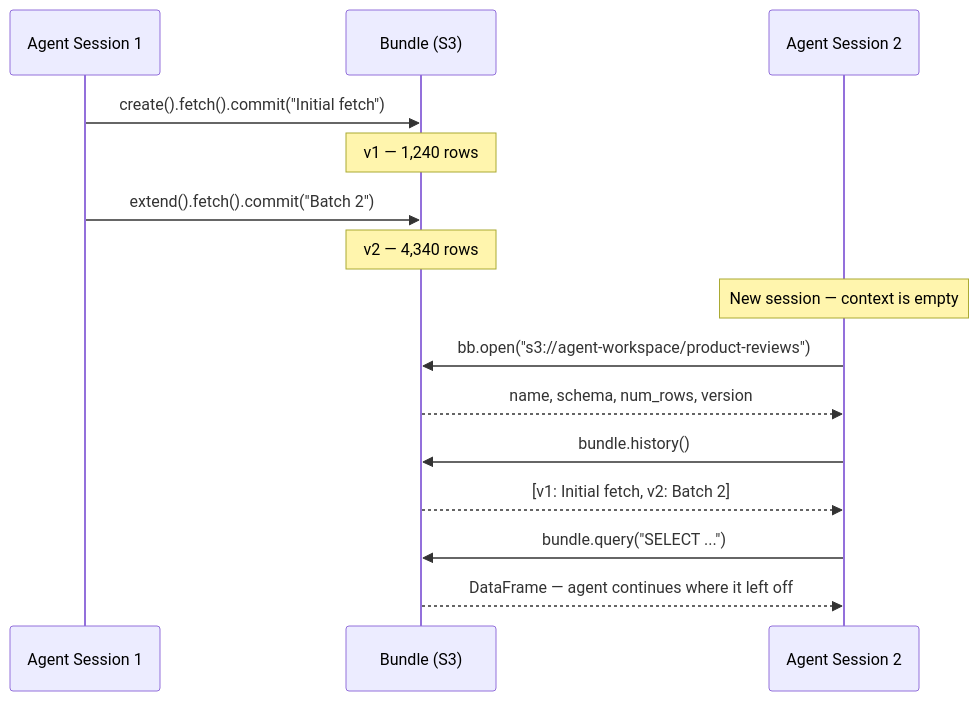
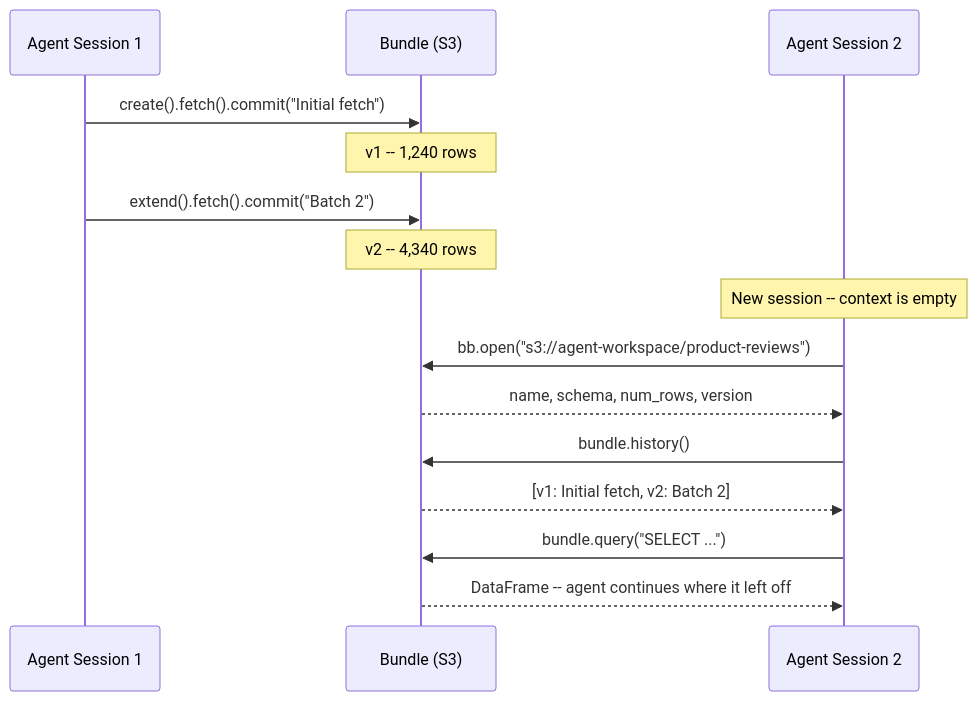
The second of 2 diagrams in docs/getting-started/why-bundlebase.md (nvoxland/bundlebase), drawn with Mermaid before and after one commit. The commit also changed other lines of this file and 37 other files, not shown here.

````diff
--- a/docs/getting-started/why-bundlebase.md
+++ b/docs/getting-started/why-bundlebase.md
@@ -285,21 +285,21 @@
 ```mermaid
 sequenceDiagram
     participant S1 as Agent Session 1
     participant B as Bundle (S3)
     participant S2 as Agent Session 2
 
     S1->>B: create().fetch().commit("Initial fetch")
-    Note over B: v1 — 1,240 rows
+    Note over B: v1 -- 1,240 rows
 
     S1->>B: extend().fetch().commit("Batch 2")
-    Note over B: v2 — 4,340 rows
+    Note over B: v2 -- 4,340 rows
 
-    Note over S2: New session — context is empty
+    Note over S2: New session -- context is empty
 
     S2->>B: bb.open("s3://agent-workspace/product-reviews")
     B-->>S2: name, schema, num_rows, version
     S2->>B: bundle.history()
     B-->>S2: [v1: Initial fetch, v2: Batch 2]
     S2->>B: bundle.query("SELECT ...")
-    B-->>S2: DataFrame — agent continues where it left off
+    B-->>S2: DataFrame -- agent continues where it left off
 ```
````
